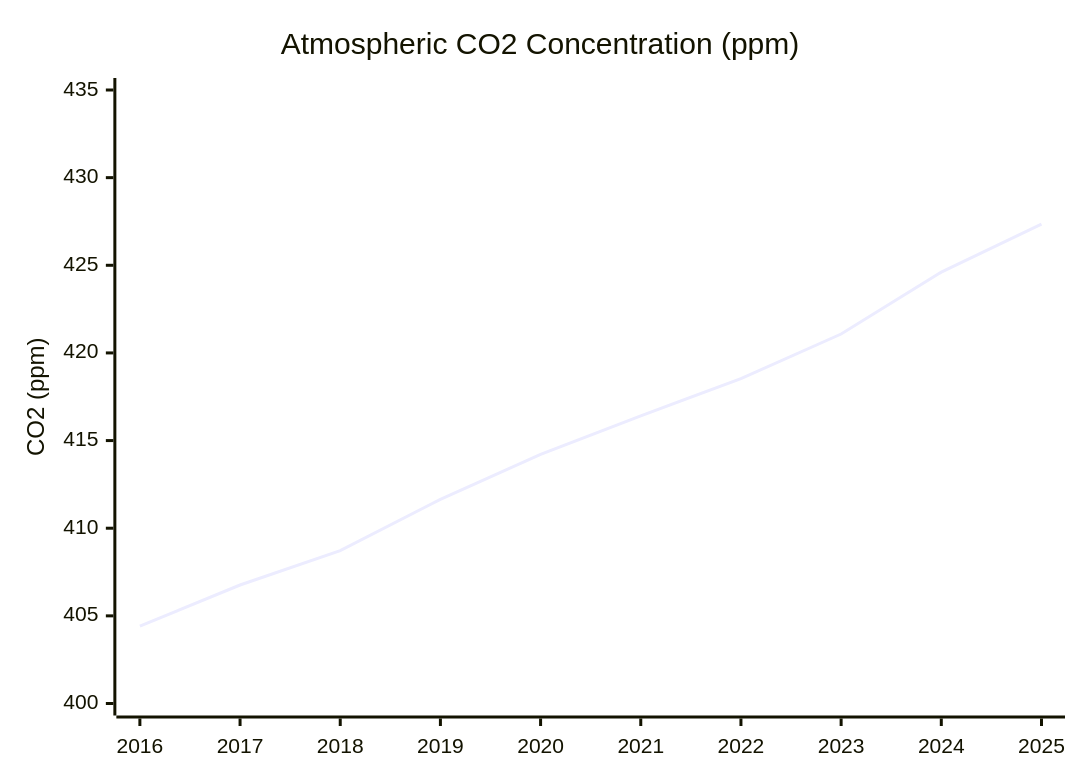
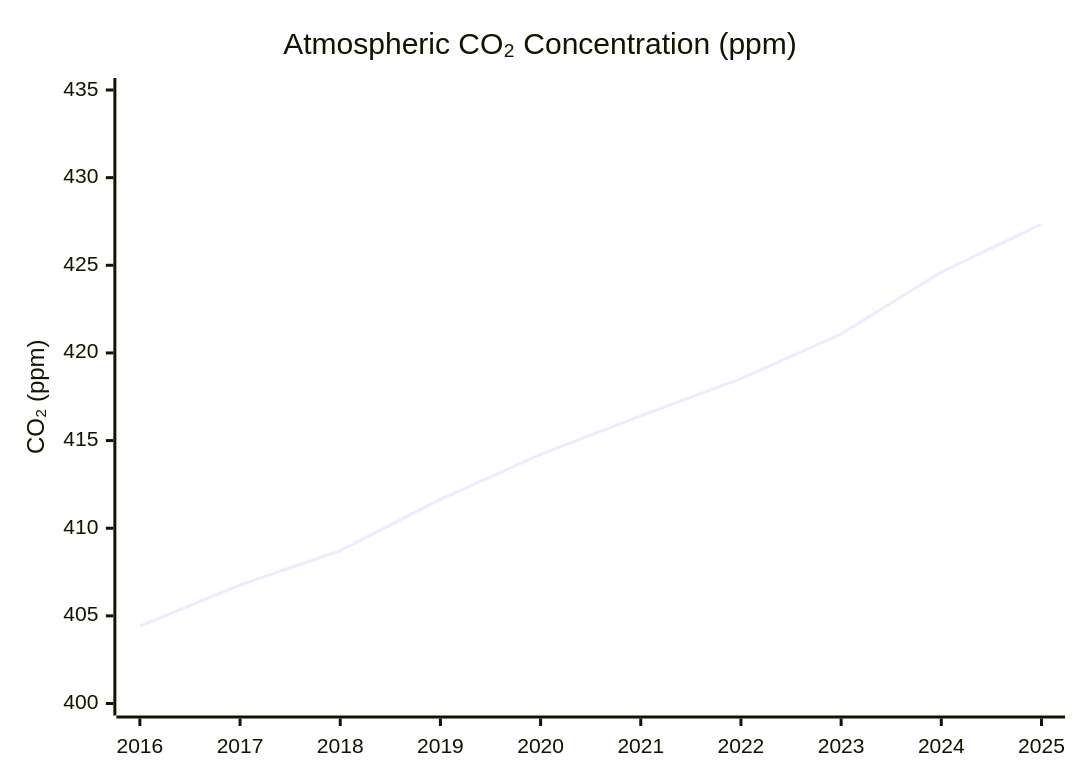
The first of 2 diagrams in 26H1/climate.md (pasky/grand-endeavors), drawn with Mermaid before and after one commit. The commit also changed other lines of this file, not shown here.

````diff
--- a/26H1/climate.md
+++ b/26H1/climate.md
@@ -32,7 +32,7 @@
 ```mermaid
 xychart-beta
-    title "Atmospheric CO2 Concentration (ppm)"
+    title "Atmospheric CO₂ Concentration (ppm)"
     x-axis [2016, 2017, 2018, 2019, 2020, 2021, 2022, 2023, 2024, 2025]
-    y-axis "CO2 (ppm)" 400 --> 435
+    y-axis "CO₂ (ppm)" 400 --> 435
     line [404.41, 406.76, 408.72, 411.65, 414.21, 416.41, 418.53, 421.08, 424.61, 427.35]
 ```
````
